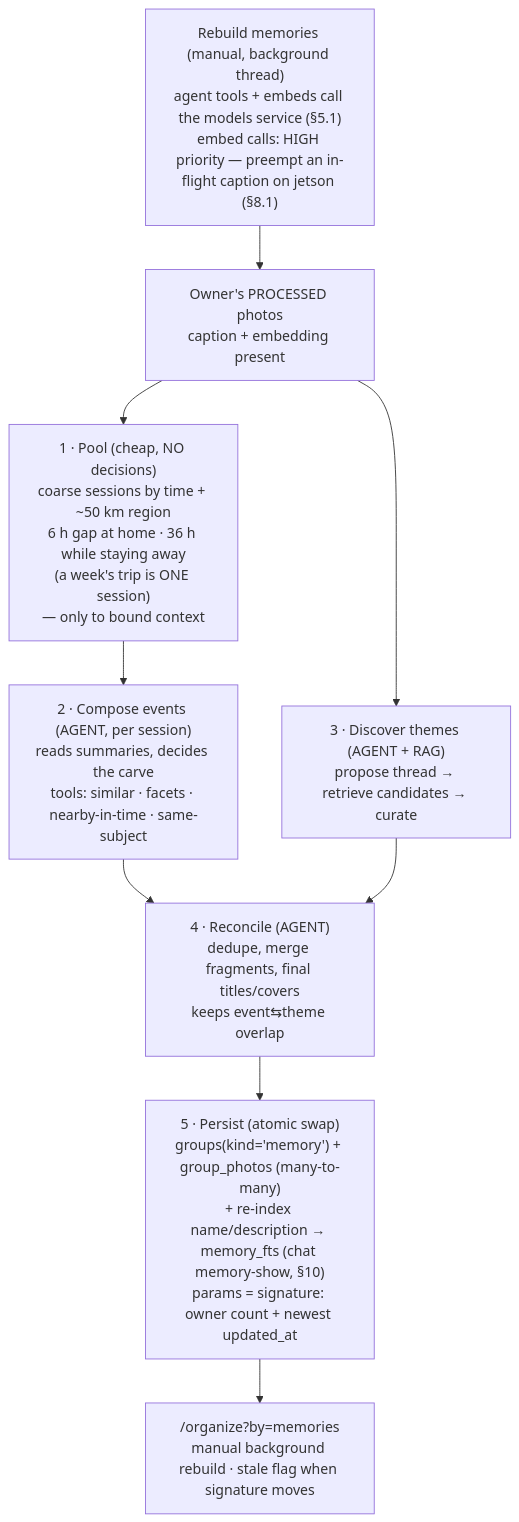
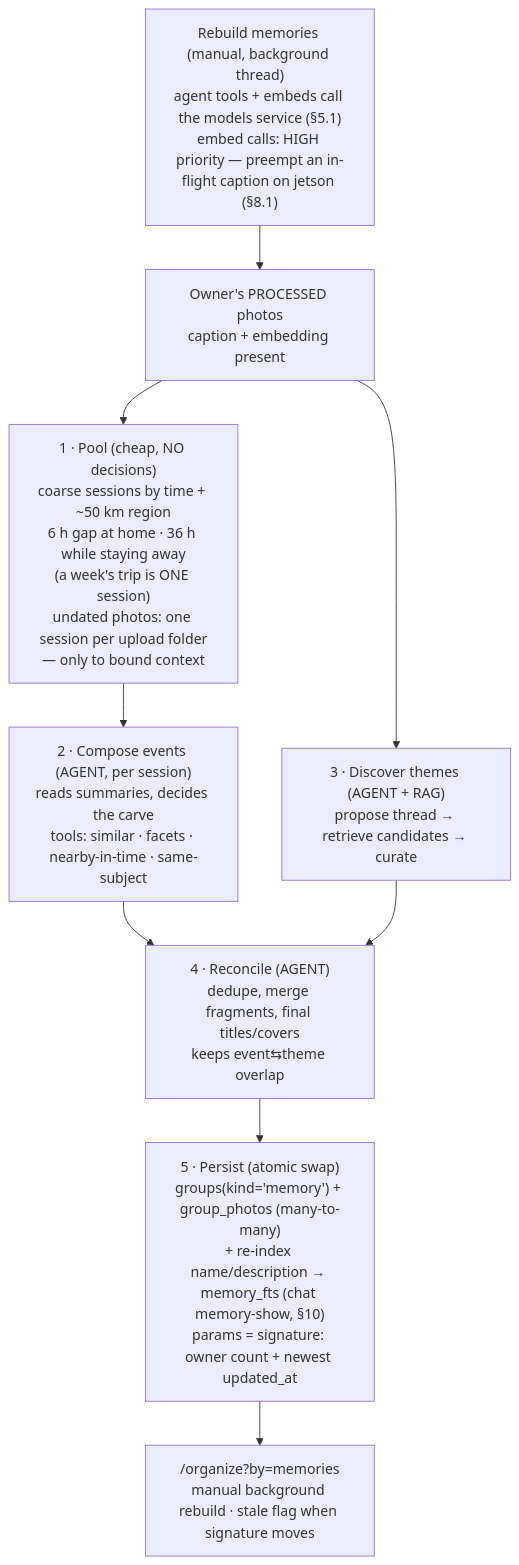
The sixth of 7 diagrams in docs/design.md (sadensmol/ivms777), drawn with Mermaid before and after one commit. The commit also changed other lines of this file and 114 other files, not shown here.

````diff
--- a/docs/design.md
+++ b/docs/design.md
@@ -1392,11 +1926,11 @@
 ```mermaid
 flowchart TB
     mrstart["Rebuild memories (manual, background thread)<br/>agent tools + embeds call the models service (§5.1)<br/>embed calls: HIGH priority — preempt an in-flight caption on jetson (§8.1)"] --> lib
-    lib["Owner's PROCESSED photos<br/>caption + embedding present"] --> pool["1 · Pool (cheap, NO decisions)<br/>coarse sessions by time + ~50 km region<br/>6 h gap at home · 36 h while staying away<br/>(a week's trip is ONE session)<br/>— only to bound context"]
+    lib["Owner's PROCESSED photos<br/>caption + embedding present"] --> pool["1 · Pool (cheap, NO decisions)<br/>coarse sessions by time + ~50 km region<br/>6 h gap at home · 36 h while staying away<br/>(a week's trip is ONE session)<br/>undated photos: one session per upload folder<br/>— only to bound context"]
     pool --> events["2 · Compose events (AGENT, per session)<br/>reads summaries, decides the carve<br/>tools: similar · facets · nearby-in-time · same-subject"]
     lib --> themes["3 · Discover themes (AGENT + RAG)<br/>propose thread → retrieve candidates → curate"]
     events --> recon["4 · Reconcile (AGENT)<br/>dedupe, merge fragments, final titles/covers<br/>keeps event⇆theme overlap"]
     themes --> recon
     recon --> persist["5 · Persist (atomic swap)<br/>groups(kind='memory') + group_photos (many-to-many)<br/>+ re-index name/description → memory_fts (chat memory-show, §10)<br/>params = signature: owner count + newest updated_at"]
     persist --> ui["/organize?by=memories<br/>manual background rebuild · stale flag when signature moves"]
 ```
````
